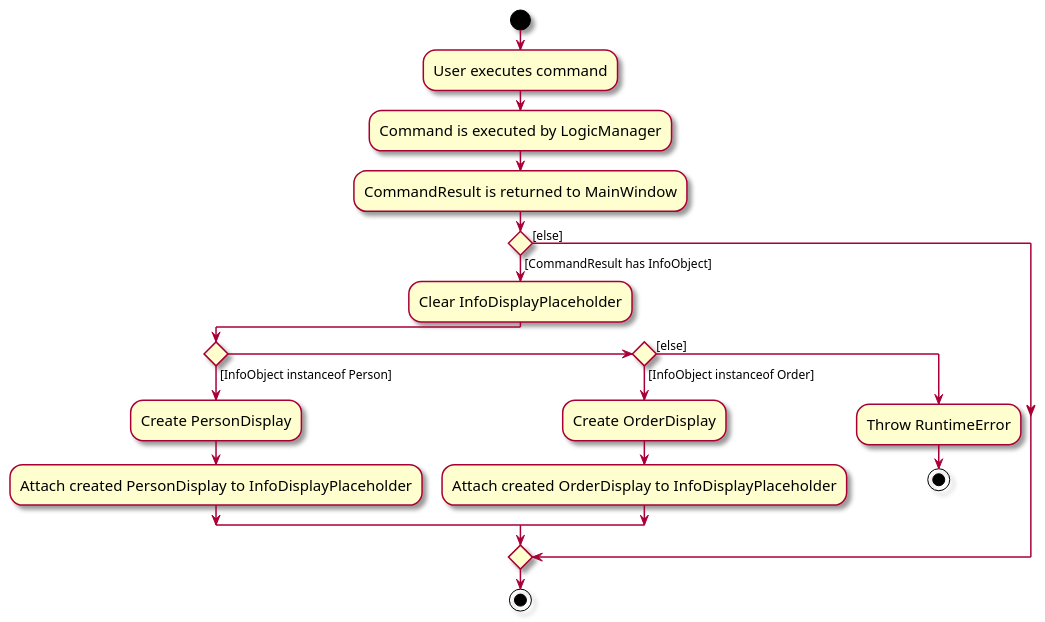
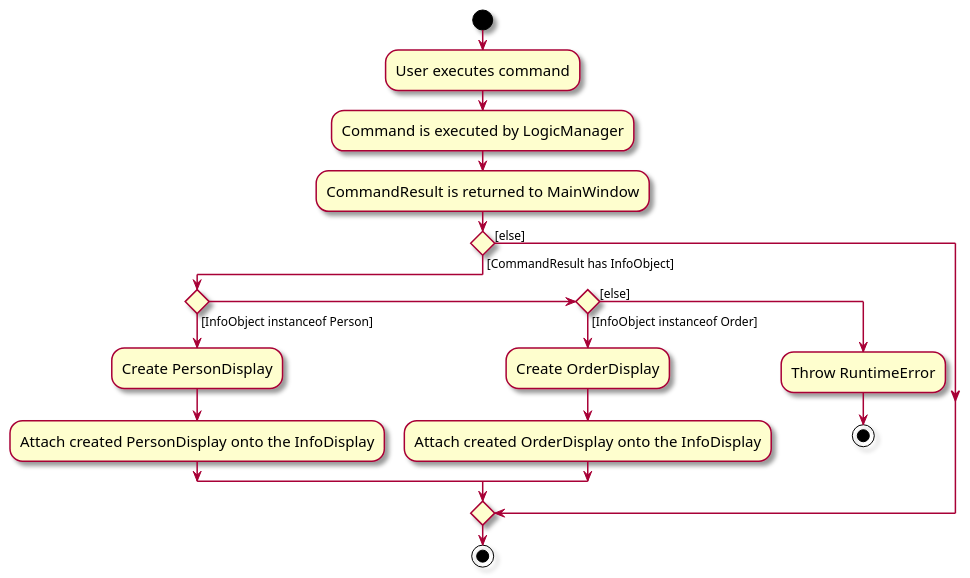
Before and after one commit to timetraveller-123/tp: the diagram in docs/diagrams/ViewActivityDiagram.puml, drawn with PlantUML. The commit also changed 3 other files, not shown here.

```diff
--- a/docs/diagrams/ViewActivityDiagram.puml
+++ b/docs/diagrams/ViewActivityDiagram.puml
@@ -1,26 +1,25 @@
 @startuml
 skin rose
 skinparam ActivityFontSize 15
 skinparam ArrowFontSize 12
 start
 :User executes command;
 :Command is executed by LogicManager;
 :CommandResult is returned to MainWindow;
 
 if () then ([CommandResult has InfoObject])
-    :Clear InfoDisplayPlaceholder;
     if () then ([InfoObject instanceof Person])
         :Create PersonDisplay;
-        :Attach created PersonDisplay to InfoDisplayPlaceholder;
+        :Attach created PersonDisplay onto the InfoDisplay;
     elseif () then ([InfoObject instanceof Order])
         :Create OrderDisplay;
-        :Attach created OrderDisplay to InfoDisplayPlaceholder;
+        :Attach created OrderDisplay onto the InfoDisplay;
     else ([else])
         :Throw RuntimeError;
         stop
     endif
 else ([else])
 
 endif
 stop
 @enduml
```
